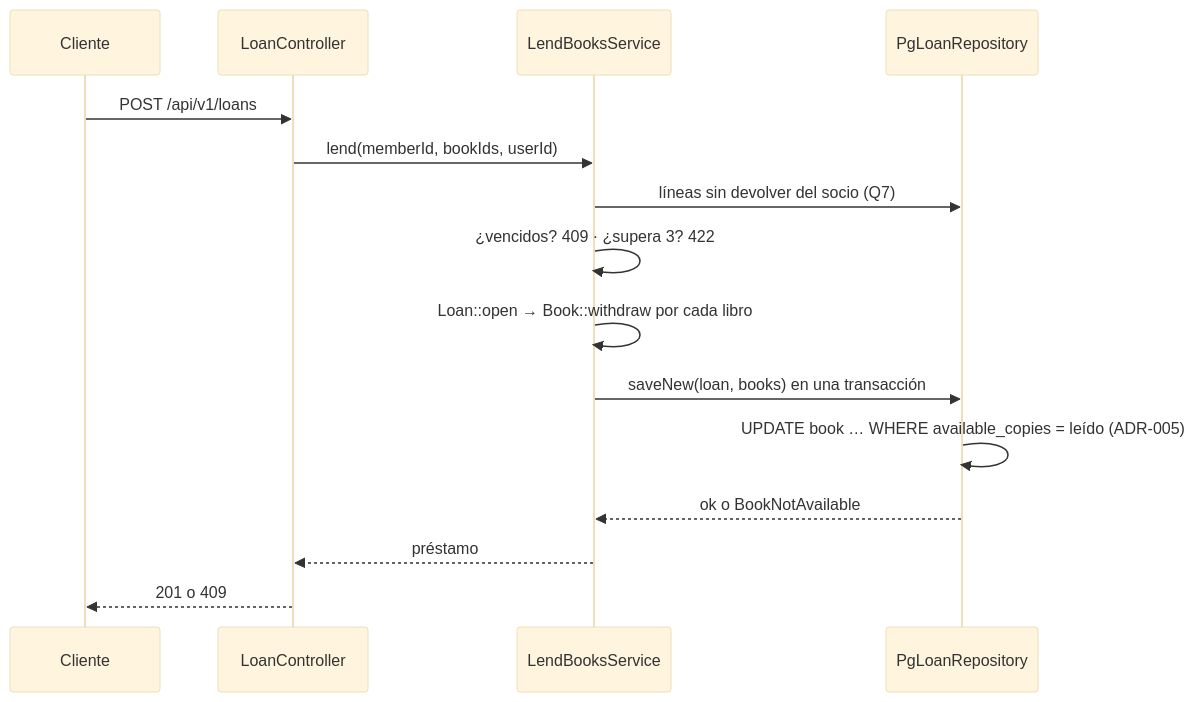
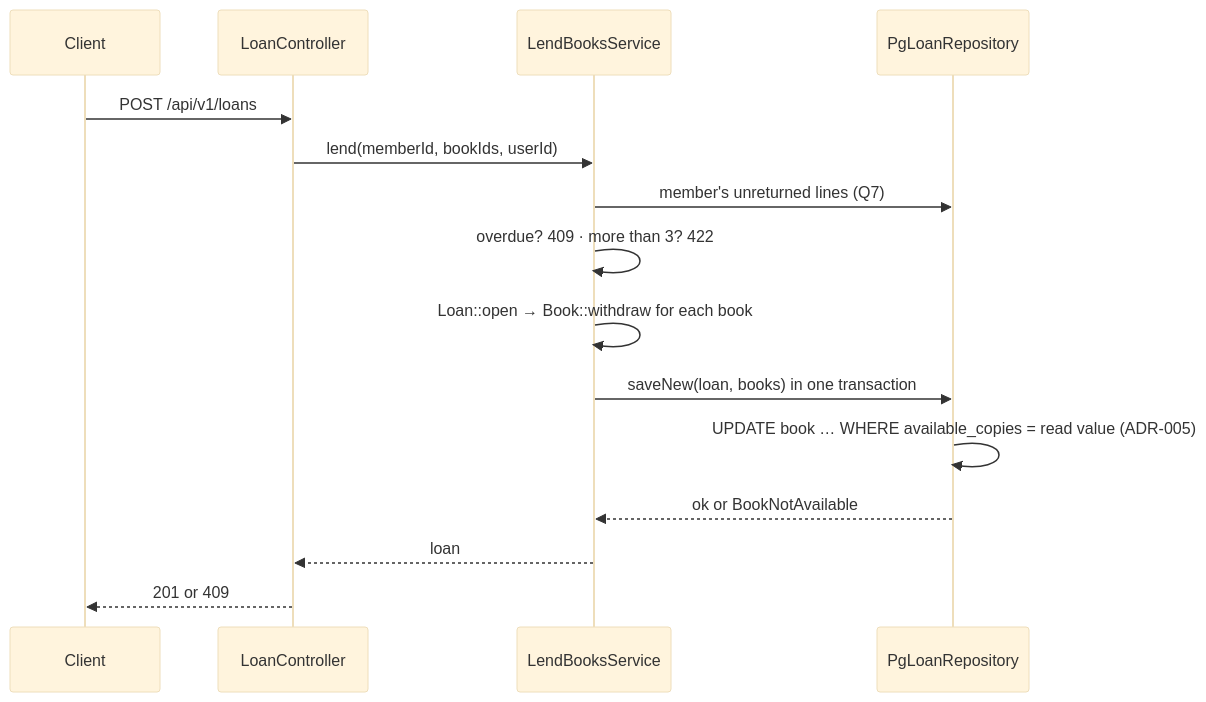
The second of 2 diagrams in spec-laravel/architecture.md (Jonas7891/test-manager-library-3145556-docs), drawn with Mermaid (base theme) before and after one commit. The commit also changed other lines of this file and 6 other files, not shown here.

````diff
--- a/spec-laravel/architecture.md
+++ b/spec-laravel/architecture.md
@@ -63,17 +63,17 @@
 ```mermaid
 sequenceDiagram
-    participant C as Cliente
+    participant C as Client
     participant H as LoanController
     participant S as LendBooksService
     participant L as PgLoanRepository
     C->>H: POST /api/v1/loans
     H->>S: lend(memberId, bookIds, userId)
-    S->>L: líneas sin devolver del socio (Q7)
-    S->>S: ¿vencidos? 409 · ¿supera 3? 422
-    S->>S: Loan::open → Book::withdraw por cada libro
-    S->>L: saveNew(loan, books) en una transacción
-    L->>L: UPDATE book … WHERE available_copies = leído (ADR-005)
-    L-->>S: ok o BookNotAvailable
-    S-->>H: préstamo
-    H-->>C: 201 o 409
+    S->>L: member's unreturned lines (Q7)
+    S->>S: overdue? 409 · more than 3? 422
+    S->>S: Loan::open → Book::withdraw for each book
+    S->>L: saveNew(loan, books) in one transaction
+    L->>L: UPDATE book … WHERE available_copies = read value (ADR-005)
+    L-->>S: ok or BookNotAvailable
+    S-->>H: loan
+    H-->>C: 201 or 409
 ```
````
